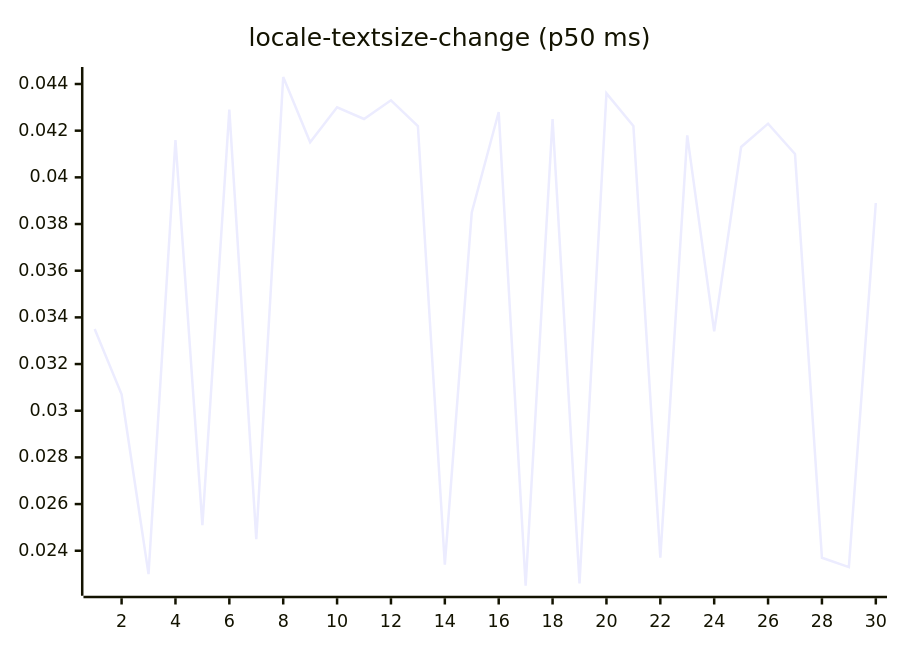
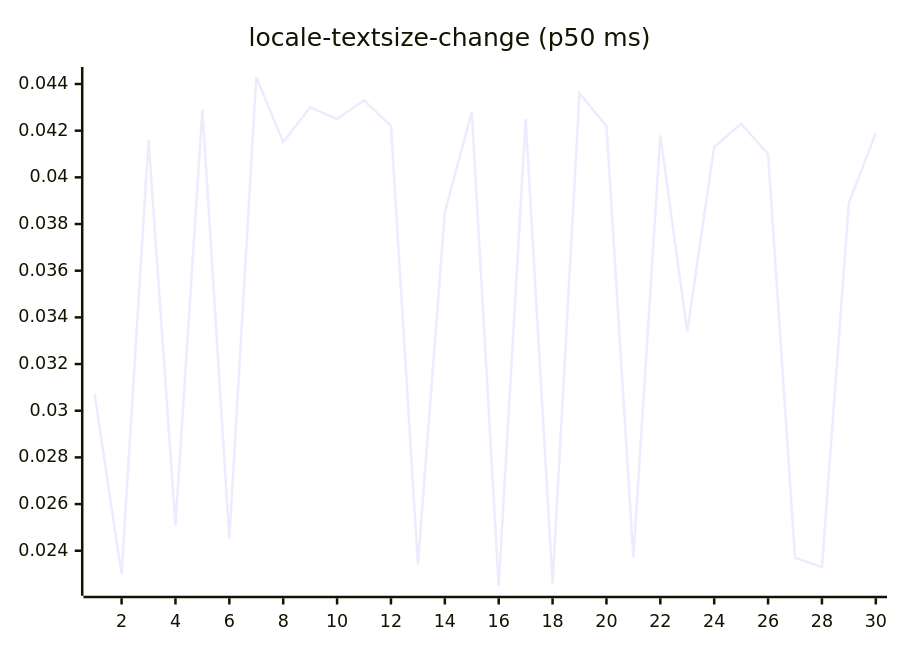
Diagram 13 of 27 in README.md (josha/Facet), drawn with Mermaid before and after one commit. The commit also changed other lines of this file and 2 other files, not shown here.

````diff
--- a/README.md
+++ b/README.md
@@ -147,6 +147,6 @@
 ```mermaid
 xychart-beta
     title "locale-textsize-change (p50 ms)"
     x-axis 1 --> 30
-    line [0.0335, 0.0307, 0.0230, 0.0416, 0.0251, 0.0429, 0.0245, 0.0443, 0.0415, 0.0430, 0.0425, 0.0433, 0.0422, 0.0234, 0.0385, 0.0428, 0.0225, 0.0425, 0.0226, 0.0436, 0.0422, 0.0237, 0.0418, 0.0334, 0.0413, 0.0423, 0.0410, 0.0237, 0.0233, 0.0389]
+    line [0.0307, 0.0230, 0.0416, 0.0251, 0.0429, 0.0245, 0.0443, 0.0415, 0.0430, 0.0425, 0.0433, 0.0422, 0.0234, 0.0385, 0.0428, 0.0225, 0.0425, 0.0226, 0.0436, 0.0422, 0.0237, 0.0418, 0.0334, 0.0413, 0.0423, 0.0410, 0.0237, 0.0233, 0.0389, 0.0419]
 ```
````
